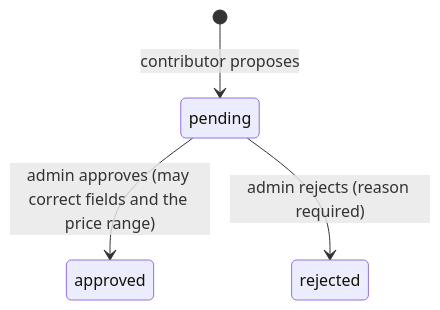
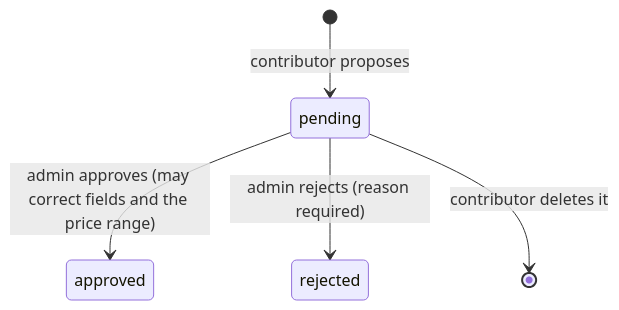
Before and after one commit to Gareth2-YS/TrolleySaver: the fifth of 5 diagrams in docs/architecture/database-design.md, drawn with Mermaid. The commit also changed other lines of this file and 13 other files, not shown here.

````diff
--- a/docs/architecture/database-design.md
+++ b/docs/architecture/database-design.md
@@ -203,6 +203,7 @@
 ```mermaid
 stateDiagram-v2
     [*] --> pending: contributor proposes
     pending --> approved: admin approves (may correct fields and the price range)
     pending --> rejected: admin rejects (reason required)
+    pending --> [*]: contributor deletes it
 ```
````
